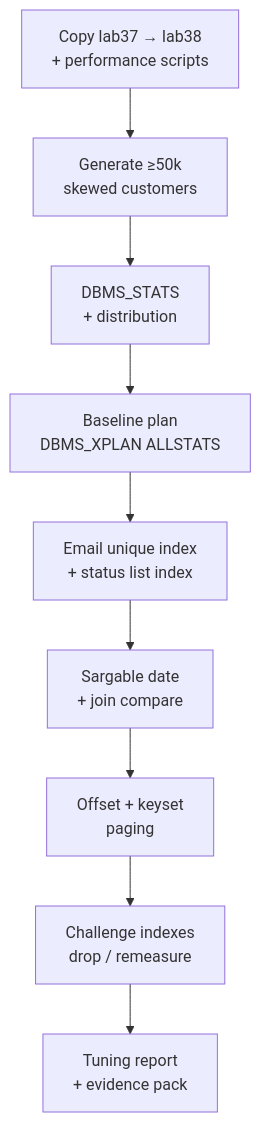
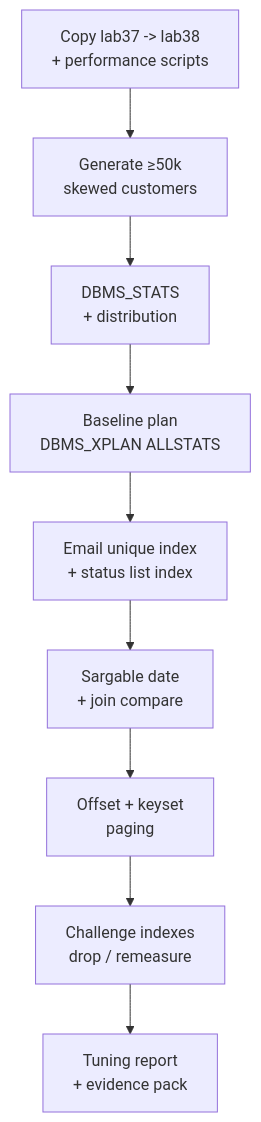
One commit to pupilliluke/bc-sw-engineer-java-participant changed the second of 2 diagrams in labs/Week 4 - Kafka, React, PostgreSQL and Resilience/module-38/lab38/LAB-38-GUIDE.md. Above: the diagram before and after it, drawn with Mermaid. The commit also changed 55 other files, not shown here.

Commit message:
Stop publishing local screenshots; harden Mermaid for GitHub; sync only tracked lab files.

````diff
--- a/labs/Week 4 - Kafka, React, PostgreSQL and Resilience/module-38/lab38/LAB-38-GUIDE.md
+++ b/labs/Week 4 - Kafka, React, PostgreSQL and Resilience/module-38/lab38/LAB-38-GUIDE.md
@@ -98,11 +98,11 @@
 ```mermaid
 flowchart TD
-    A["Copy lab37 → lab38<br/>+ performance scripts"] --> B["Generate ≥50k<br/>skewed customers"]
+    A["Copy lab37 -> lab38<br/>+ performance scripts"] --> B["Generate ≥50k<br/>skewed customers"]
     B --> C["DBMS_STATS<br/>+ distribution"]
     C --> D["Baseline plan<br/>DBMS_XPLAN ALLSTATS"]
     D --> E["Email unique index<br/>+ status list index"]
     E --> F["Sargable date<br/>+ join compare"]
     F --> G["Offset + keyset<br/>paging"]
     G --> H["Challenge indexes<br/>drop / remeasure"]
     H --> I["Tuning report<br/>+ evidence pack"]
 ```
````
